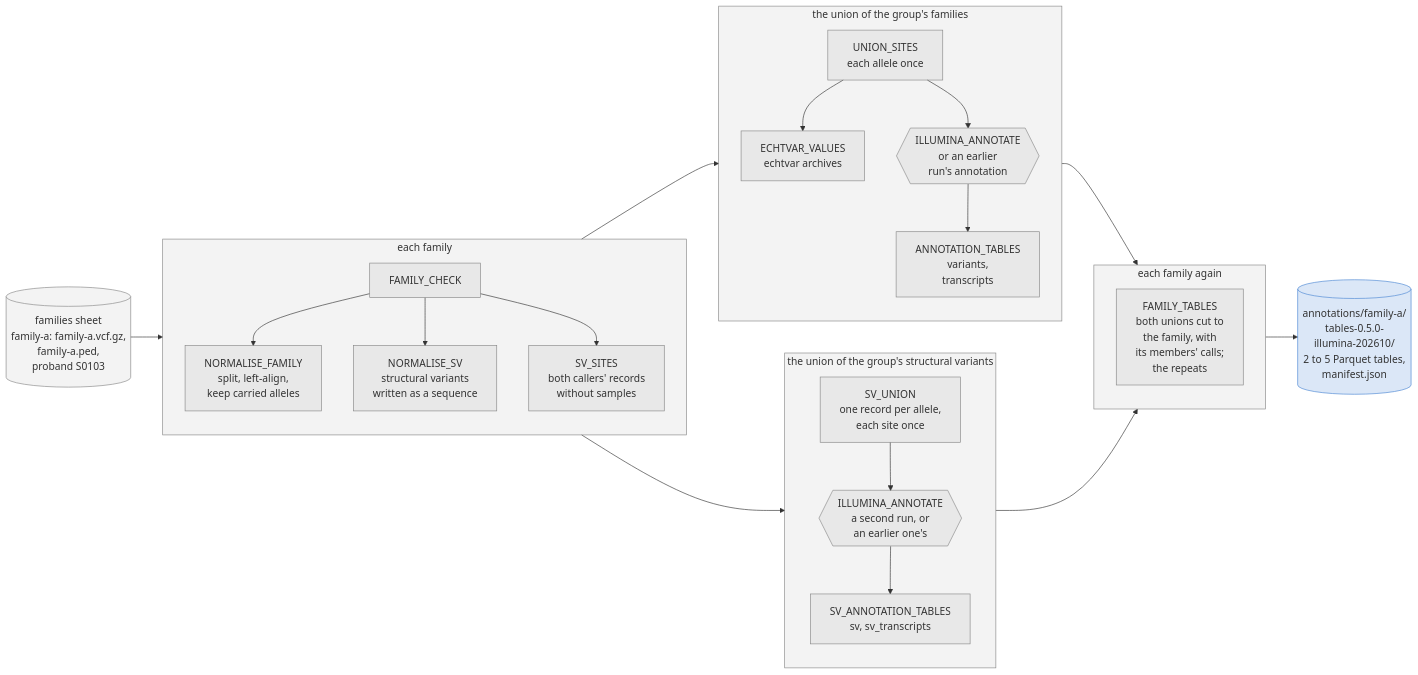
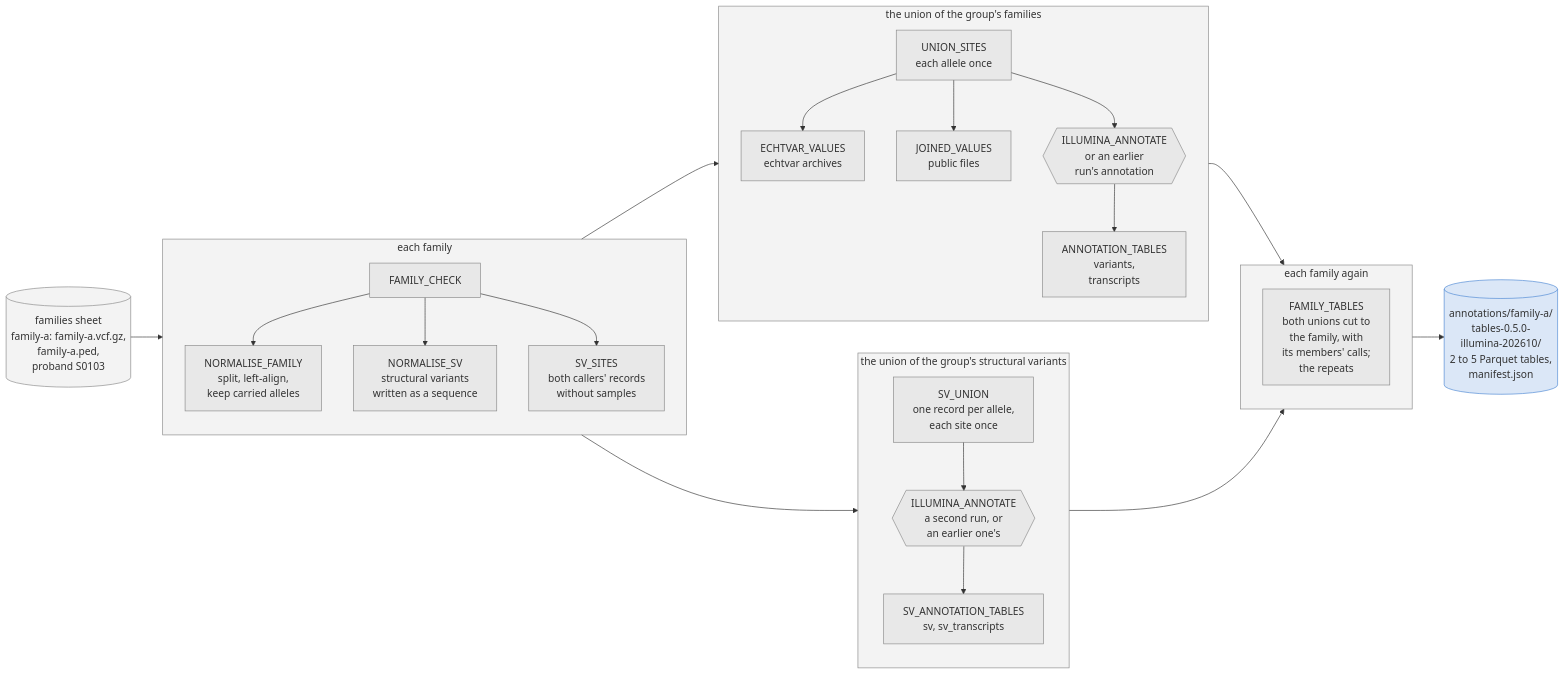
Before and after one commit to populationgenomics/case-annotation-pipeline: the third of 3 diagrams in docs/annotation.md, drawn with Mermaid. The commit also changed other lines of this file and 25 other files, not shown here.

````diff
--- a/docs/annotation.md
+++ b/docs/annotation.md
@@ -402,50 +403,52 @@
 ```mermaid
 flowchart LR
     IN[("families sheet<br/>family-a: family-a.vcf.gz,<br/>family-a.ped,<br/>proband S0103")]
 
     subgraph EACH["each family"]
         direction TB
         CHECK["FAMILY_CHECK"]
         NORMALISE["NORMALISE_FAMILY<br/>split, left-align,<br/>keep carried alleles"]
         SV["NORMALISE_SV<br/>structural variants<br/>written as a sequence"]
         SVSITES["SV_SITES<br/>both callers' records<br/>without samples"]
         CHECK --> NORMALISE
         CHECK --> SV
         CHECK --> SVSITES
     end
 
     subgraph UNION["the union of the group's families"]
         direction TB
         SITES["UNION_SITES<br/>each allele once"]
         VALUES["ECHTVAR_VALUES<br/>echtvar archives"]
+        JOINED["JOINED_VALUES<br/>public files"]
         ANNOTATE{{"ILLUMINA_ANNOTATE<br/>or an earlier<br/>run's annotation"}}
         TABLES["ANNOTATION_TABLES<br/>variants,<br/>transcripts"]
         SITES --> VALUES
+        SITES --> JOINED
         SITES --> ANNOTATE --> TABLES
     end
 
     subgraph SVUNION["the union of the group's structural variants"]
         direction TB
         SVU["SV_UNION<br/>one record per allele,<br/>each site once"]
         SVANNOTATE{{"ILLUMINA_ANNOTATE<br/>a second run, or<br/>an earlier one's"}}
         SVTABLES["SV_ANNOTATION_TABLES<br/>sv, sv_transcripts"]
         SVU --> SVANNOTATE --> SVTABLES
     end
 
     subgraph CUT["each family again"]
         direction TB
         FAMILY["FAMILY_TABLES<br/>both unions cut to<br/>the family, with<br/>its members' calls;<br/>the repeats"]
     end
 
     OUT[("annotations/family-a/<br/>tables-0.5.0-<br/>illumina-202610/<br/>2 to 5 Parquet tables,<br/>manifest.json")]
 
     IN --> EACH --> UNION --> CUT --> OUT
     EACH --> SVUNION --> CUT
 
     classDef default fill:#8888881a,stroke:#888888
     style EACH fill:#8888881a,stroke:#888888
     style UNION fill:#8888881a,stroke:#888888
     style SVUNION fill:#8888881a,stroke:#888888
     style CUT fill:#8888881a,stroke:#888888
     style OUT fill:#4a86d433,stroke:#4a86d4
 ```
````
